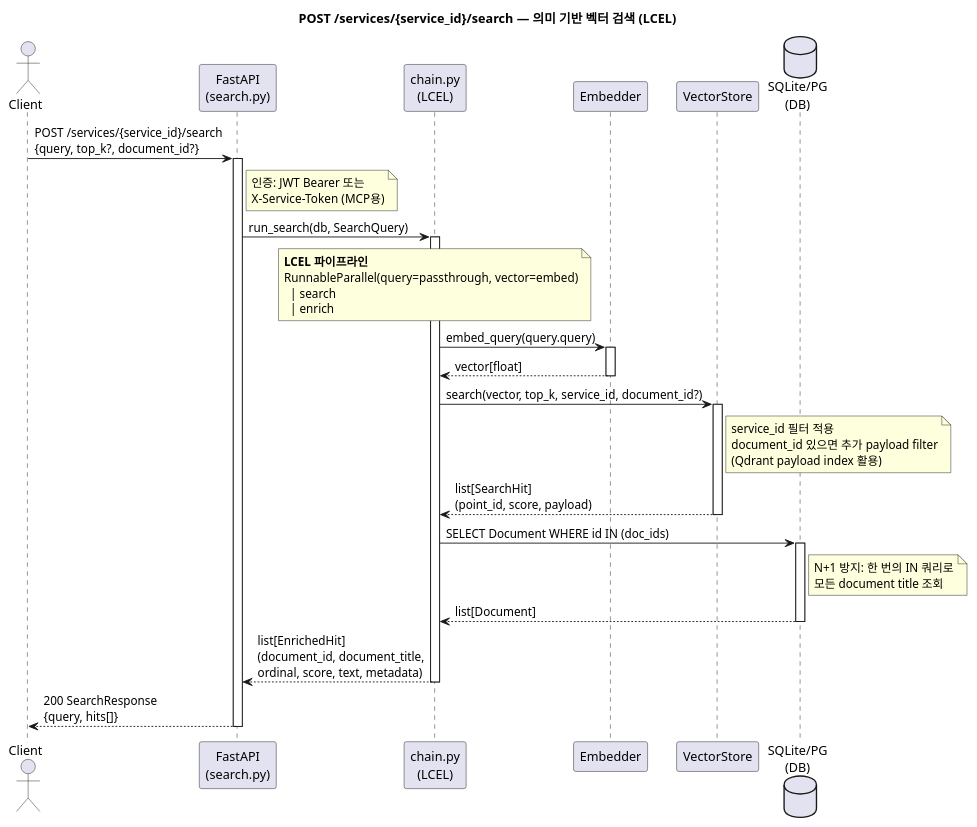
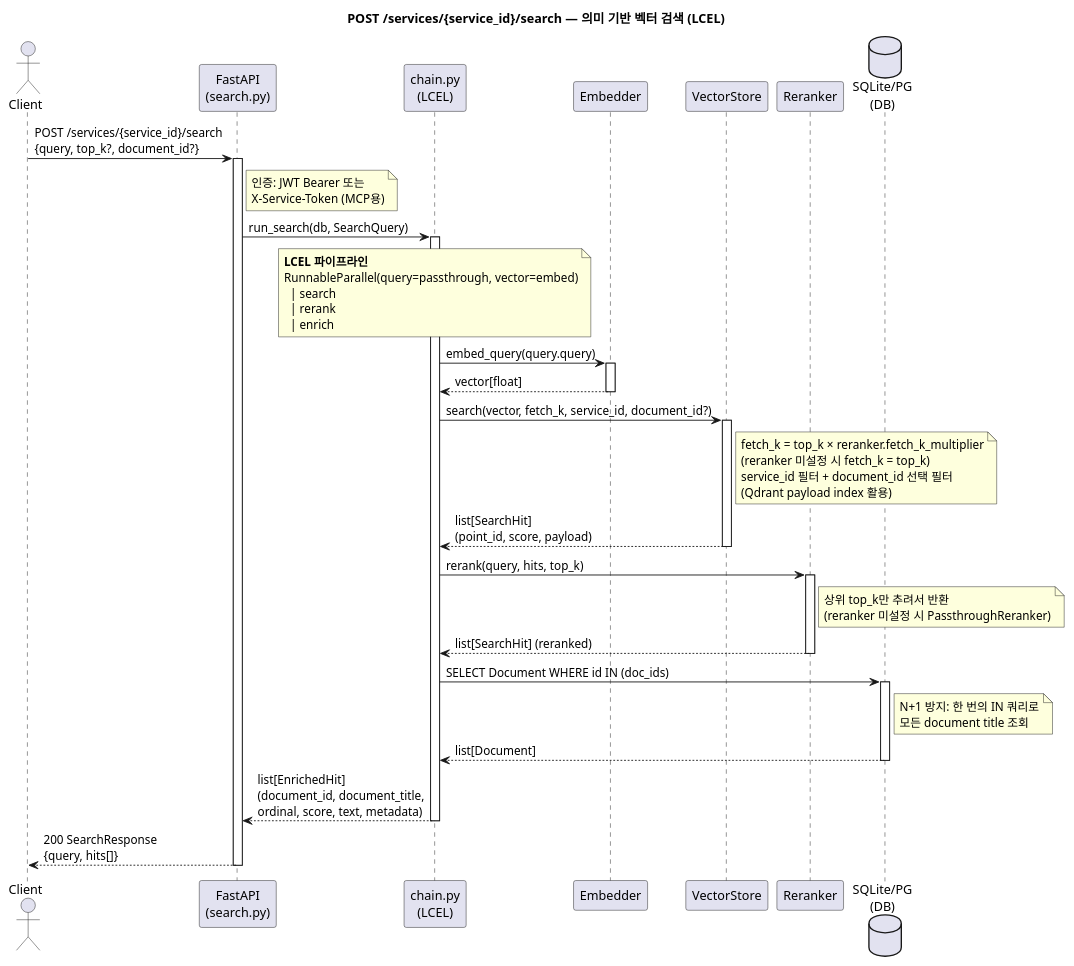
Before and after one commit to sigmoidx0/ragkit: the diagram in docs/diagrams/search.puml, drawn with PlantUML. The commit also changed 36 other files, not shown here.

```diff
--- a/docs/diagrams/search.puml
+++ b/docs/diagrams/search.puml
@@ -1,60 +1,72 @@
 @startuml Search
 
 title POST /services/{service_id}/search — 의미 기반 벡터 검색 (LCEL)
 
 actor Client
 participant "FastAPI\n(search.py)" as API
 participant "chain.py\n(LCEL)" as CHAIN
 participant "Embedder" as EMB
 participant "VectorStore" as QD
+participant "Reranker" as RNK
 database "SQLite/PG\n(DB)" as DB
 
 Client -> API : POST /services/{service_id}/search\n{query, top_k?, document_id?}
 note right of API
   인증: JWT Bearer 또는
   X-Service-Token (MCP용)
 end note
 activate API
 
 API -> CHAIN : run_search(db, SearchQuery)
 activate CHAIN
 
 note over CHAIN
   **LCEL 파이프라인**
   RunnableParallel(query=passthrough, vector=embed)
     | search
+    | rerank
     | enrich
 end note
 
 CHAIN -> EMB : embed_query(query.query)
 activate EMB
 EMB --> CHAIN : vector[float]
 deactivate EMB
 
-CHAIN -> QD : search(vector, top_k, service_id, document_id?)
+CHAIN -> QD : search(vector, fetch_k, service_id, document_id?)
 activate QD
 note right of QD
-  service_id 필터 적용
-  document_id 있으면 추가 payload filter
+  fetch_k = top_k × reranker.fetch_k_multiplier
+  (reranker 미설정 시 fetch_k = top_k)
+  service_id 필터 + document_id 선택 필터
   (Qdrant payload index 활용)
 end note
 QD --> CHAIN : list[SearchHit]\n(point_id, score, payload)
 deactivate QD
+
+CHAIN -> RNK : rerank(query, hits, top_k)
+activate RNK
+note right of RNK
+  상위 top_k만 추려서 반환
+  (reranker 미설정 시 PassthroughReranker)
+end note
+RNK --> CHAIN : list[SearchHit] (reranked)
+deactivate RNK
 
 CHAIN -> DB : SELECT Document WHERE id IN (doc_ids)
 activate DB
 note right of DB
   N+1 방지: 한 번의 IN 쿼리로
   모든 document title 조회
 end note
 DB --> CHAIN : list[Document]
 deactivate DB
 
 CHAIN --> API : list[EnrichedHit]\n(document_id, document_title,\nordinal, score, text, metadata)
 deactivate CHAIN
 
 API --> Client : 200 SearchResponse\n{query, hits[]}
 
 deactivate API
 
 @enduml
```
